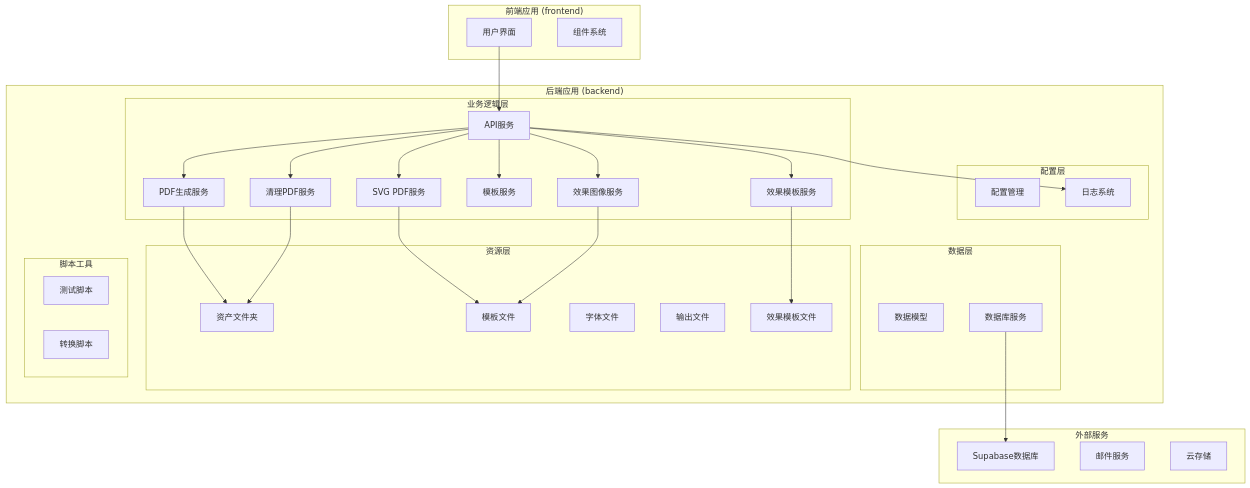
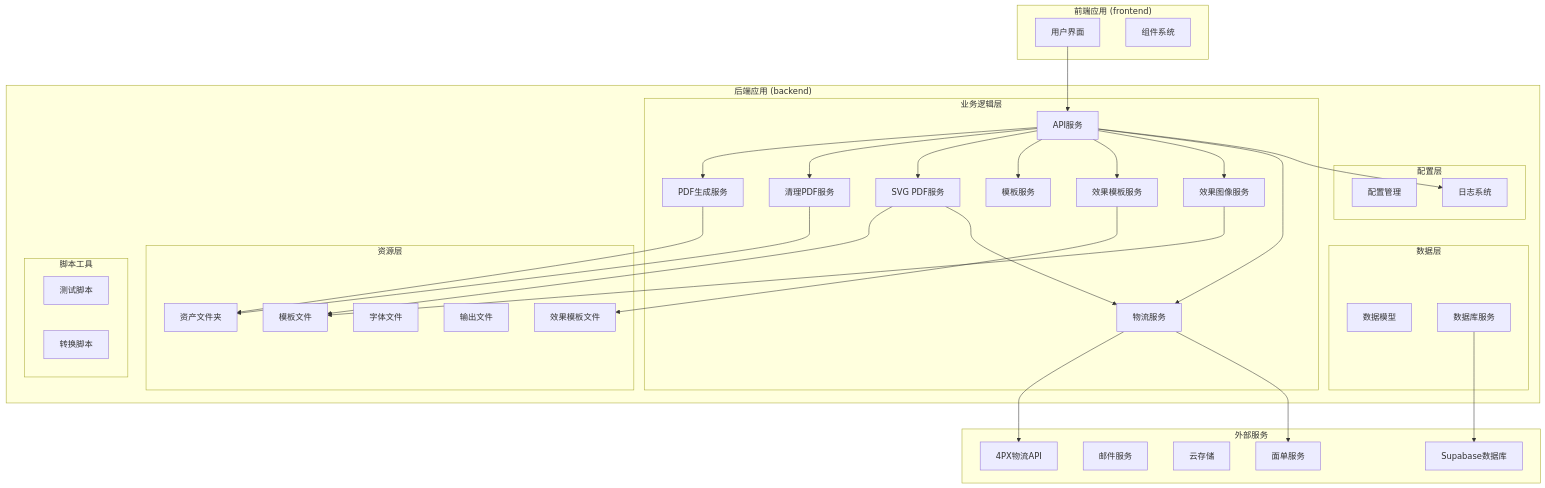
The first of 10 diagrams in .qoder/repowiki/zh/content/开发指南/PDF生成系统.md (SY6621/POD-Order-Management), drawn with Mermaid before and after one commit. The commit also changed other lines of this file and 39 other files, not shown here.

````diff
--- a/.qoder/repowiki/zh/content/开发指南/PDF生成系统.md
+++ b/.qoder/repowiki/zh/content/开发指南/PDF生成系统.md
@@ -54,56 +55,63 @@
 ```mermaid
 graph TB
 subgraph "后端应用 (backend)"
 subgraph "配置层"
 Settings[配置管理]
 Logger[日志系统]
 end
 subgraph "数据层"
 Models[数据模型]
 Database[数据库服务]
 end
 subgraph "业务逻辑层"
 APIService[API服务]
 PDFService[PDF生成服务]
 PDFCleanService[清理PDF服务]
 SVGPDFService[SVG PDF服务]
 TemplateService[模板服务]
 EffectTemplateService[效果模板服务]
 EffectImageService[效果图像服务]
+ShippingService[物流服务]
 end
 subgraph "资源层"
 Assets[资产文件夹]
 Templates[模板文件]
 Fonts[字体文件]
 Output[输出文件]
 EffectTemplates[效果模板文件]
 end
 subgraph "脚本工具"
 Scripts[测试脚本]
 Converters[转换脚本]
 end
 end
 subgraph "前端应用 (frontend)"
 UI[用户界面]
 Components[组件系统]
 end
 subgraph "外部服务"
 Supabase[Supabase数据库]
 Email[邮件服务]
 Storage[云存储]
+FourPX[4PX物流API]
+Endicia[面单服务]
 end
 UI --> APIService
 APIService --> PDFService
 APIService --> PDFCleanService
 APIService --> SVGPDFService
 APIService --> TemplateService
 APIService --> EffectTemplateService
 APIService --> EffectImageService
+APIService --> ShippingService
 PDFService --> Assets
 PDFCleanService --> Assets
 SVGPDFService --> Templates
+SVGPDFService --> ShippingService
 EffectTemplateService --> EffectTemplates
 EffectImageService --> Templates
+ShippingService --> FourPX
+ShippingService --> Endicia
 Database --> Supabase
 APIService --> Logger
 ```
````
